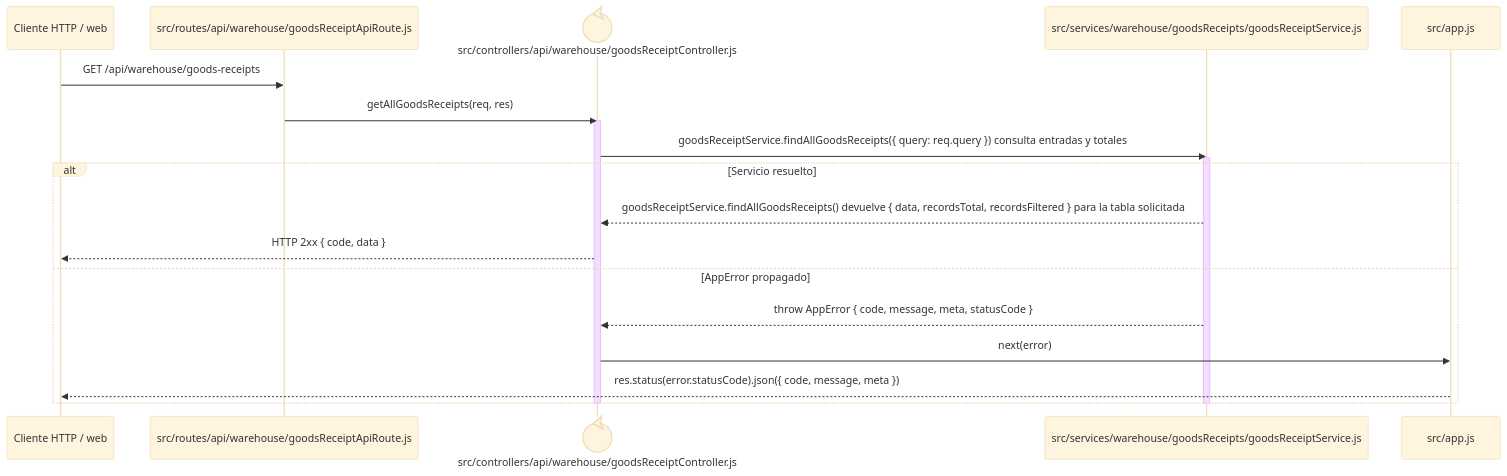
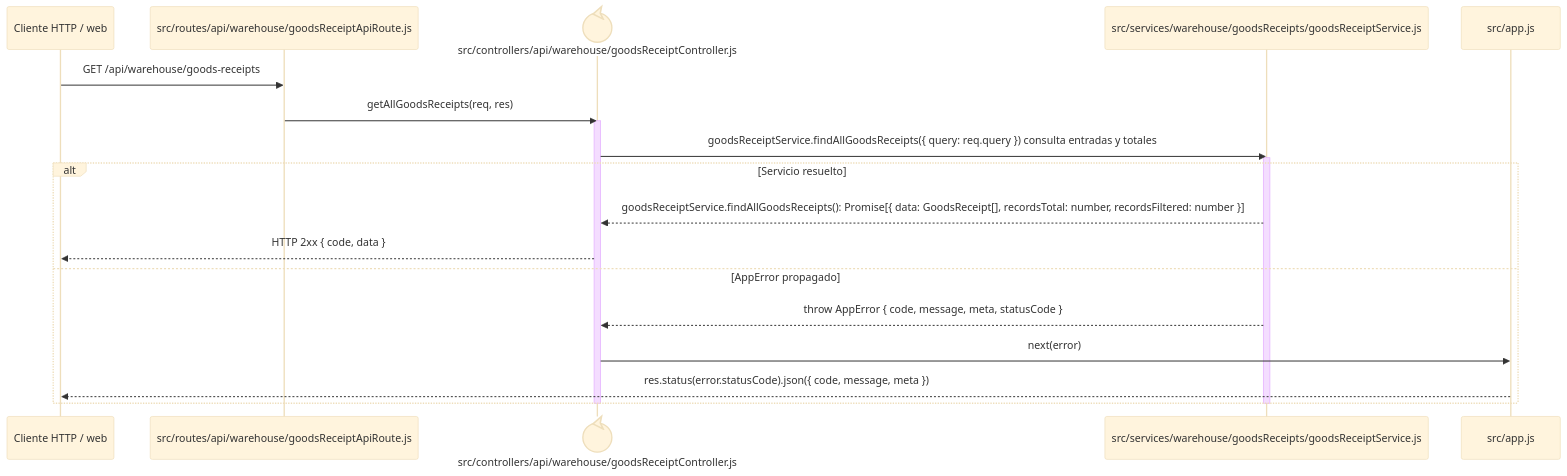
Before and after one commit to gpgsistemas01/nexus: the diagram in docs/architecture/backend-code-sequences/purchases/cu-ent-01.md, drawn with Mermaid (base theme). The commit also changed 146 other files, not shown here.

````diff
--- a/docs/architecture/backend-code-sequences/purchases/cu-ent-01.md
+++ b/docs/architecture/backend-code-sequences/purchases/cu-ent-01.md
@@ -6,24 +6,24 @@
 ```mermaid
 sequenceDiagram
     participant Client as Cliente HTTP / web
     participant Route as src/routes/api/warehouse/goodsReceiptApiRoute.js
     participant Controller@{ "type": "control" } as src/controllers/api/warehouse/goodsReceiptController.js
     participant Domain as src/services/warehouse/goodsReceipts/goodsReceiptService.js
     participant ErrorHandler as src/app.js
 
     Client->>Route: GET /api/warehouse/goods-receipts
     Route->>Controller: getAllGoodsReceipts(req, res)
     activate Controller
     Controller->>Domain: goodsReceiptService.findAllGoodsReceipts({ query: req.query }) consulta entradas y totales
     activate Domain
     alt Servicio resuelto
-        Domain-->>Controller: goodsReceiptService.findAllGoodsReceipts() devuelve { data, recordsTotal, recordsFiltered } para la tabla solicitada
+        Domain-->>Controller: goodsReceiptService.findAllGoodsReceipts(): Promise[{ data: GoodsReceipt[], recordsTotal: number, recordsFiltered: number }]
         Controller-->>Client: HTTP 2xx { code, data }
     else AppError propagado
         Domain-->>Controller: throw AppError { code, message, meta, statusCode }
         Controller->>ErrorHandler: next(error)
         ErrorHandler-->>Client: res.status(error.statusCode).json({ code, message, meta })
     end
     deactivate Domain
     deactivate Controller
 ```
````
